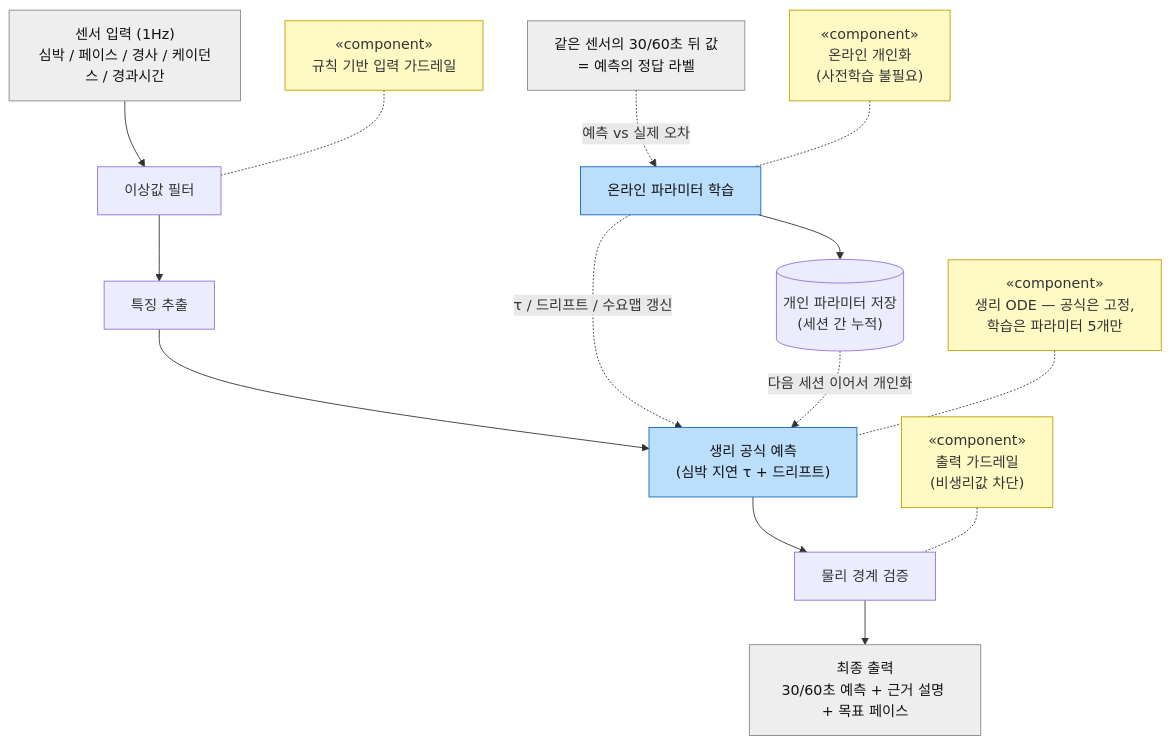
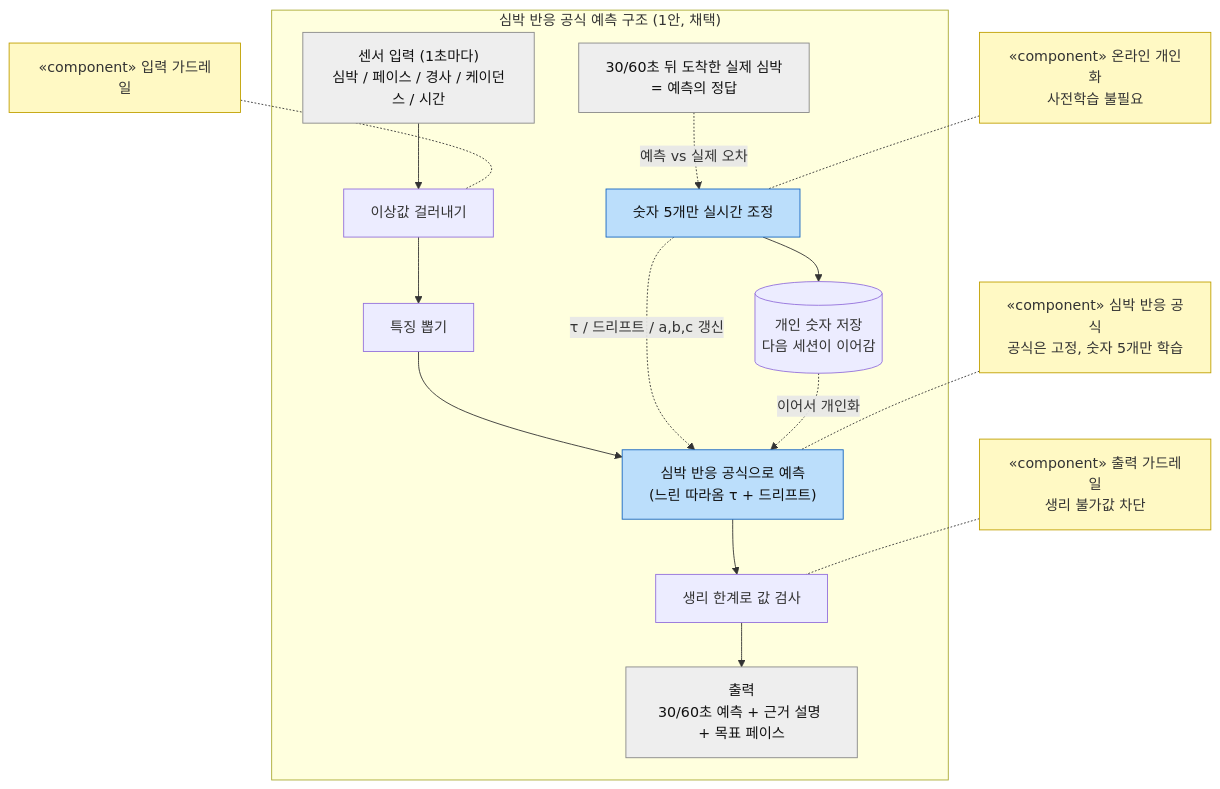
Before and after one commit to tenyearslove/zone2runner: the first of 2 diagrams in report/report-006-dp1-hr-prediction.md, drawn with Mermaid. The commit also changed other lines of this file, not shown here.

First line of the commit message:
docs(dp1): report-006 v3 전면 재작성 — 말투 인간화 + 공식 검증 근거 + 다이어그램

````diff
--- a/report/report-006-dp1-hr-prediction.md
+++ b/report/report-006-dp1-hr-prediction.md
@@ -74,25 +100,24 @@
 ```mermaid
 flowchart TD
-    A["센서 입력 (1Hz)<br/>심박 / 페이스 / 경사 / 케이던스 / 경과시간"] --> B["이상값 필터"]
-    B --> C["특징 추출"]
-    C --> D["생리 공식 예측<br/>(심박 지연 τ + 드리프트)"]
-    D --> E["물리 경계 검증"]
-    E --> F["최종 출력<br/>30/60초 예측 + 근거 설명 + 목표 페이스"]
-
-    G["같은 센서의 30/60초 뒤 값<br/>= 예측의 정답 라벨"] -. "예측 vs 실제 오차" .-> H["온라인 파라미터 학습"]
-    H -. "τ / 드리프트 / 수요맵 갱신" .-> D
-    H --> I[("개인 파라미터 저장<br/>(세션 간 누적)")]
-    I -. "다음 세션 이어서 개인화" .-> D
-
-    N1["«component»<br/>규칙 기반 입력 가드레일"] -.- B
-    N2["«component»<br/>생리 ODE — 공식은 고정,<br/>학습은 파라미터 5개만"] -.- D
-    N3["«component»<br/>출력 가드레일<br/>(비생리값 차단)"] -.- E
-    N4["«component»<br/>온라인 개인화<br/>(사전학습 불필요)"] -.- H
-
+    subgraph S["심박 반응 공식 예측 구조 (1안, 채택)"]
+      A["센서 입력 (1초마다)<br/>심박 / 페이스 / 경사 / 케이던스 / 시간"] --> B["이상값 걸러내기"]
+      B --> C["특징 뽑기"]
+      C --> D["심박 반응 공식으로 예측<br/>(느린 따라옴 τ + 드리프트)"]
+      D --> E["생리 한계로 값 검사"]
+      E --> F["출력<br/>30/60초 예측 + 근거 설명 + 목표 페이스"]
+      G["30/60초 뒤 도착한 실제 심박<br/>= 예측의 정답"] -. "예측 vs 실제 오차" .-> H["숫자 5개만 실시간 조정"]
+      H -. "τ / 드리프트 / a,b,c 갱신" .-> D
+      H --> I[("개인 숫자 저장<br/>다음 세션이 이어감")]
+      I -. "이어서 개인화" .-> D
+    end
+    N1["«component» 입력 가드레일"] -.- B
+    N2["«component» 심박 반응 공식<br/>공식은 고정, 숫자 5개만 학습"] -.- D
+    N3["«component» 출력 가드레일<br/>생리 불가값 차단"] -.- E
+    N4["«component» 온라인 개인화<br/>사전학습 불필요"] -.- H
     classDef comp fill:#fff9c4,stroke:#c0a000,color:#333
     classDef core fill:#bbdefb,stroke:#1565c0,color:#111
     classDef io fill:#eeeeee,stroke:#888,color:#111
     class N1,N2,N3,N4 comp
     class D,H core
     class A,F,G io
 ```
````
